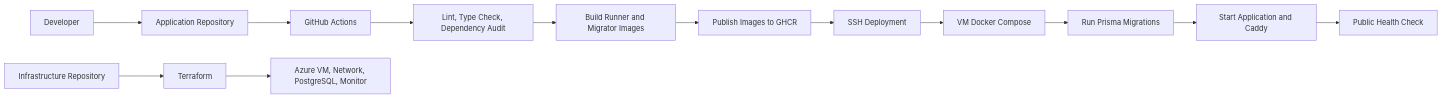
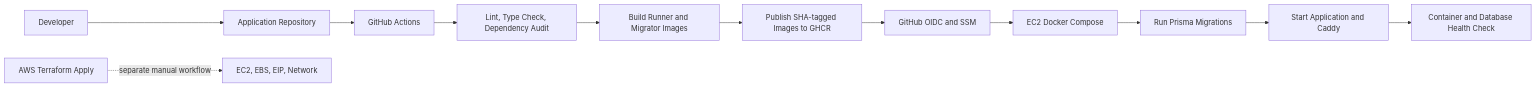
Before and after one commit to Thiranjshan/CelizLK: the second of 2 diagrams in README.md, drawn with Mermaid. The commit also changed other lines of this file and 34 other files, not shown here.

Commit message:
Prepare AWS deployment and PostgreSQL backup tooling

````diff
--- a/README.md
+++ b/README.md
@@ -128,15 +128,14 @@
 ```mermaid
 flowchart LR
     Developer[Developer] --> AppRepo[Application Repository]
     AppRepo --> Actions[GitHub Actions]
     Actions --> Checks[Lint, Type Check, Dependency Audit]
     Checks --> Build[Build Runner and Migrator Images]
-    Build --> Registry[Publish Images to GHCR]
-    Registry --> Deploy[SSH Deployment]
-    Deploy --> Compose[VM Docker Compose]
+    Build --> Registry[Publish SHA-tagged Images to GHCR]
+    Registry --> Deploy[GitHub OIDC and SSM]
+    Deploy --> Compose[EC2 Docker Compose]
     Compose --> Migrate[Run Prisma Migrations]
     Migrate --> Start[Start Application and Caddy]
-    Start --> Verify[Public Health Check]
-    InfraRepo[Infrastructure Repository] --> Terraform[Terraform]
-    Terraform --> Azure[Azure VM, Network, PostgreSQL, Monitor]
+    Start --> Verify[Container and Database Health Check]
+    Terraform[AWS Terraform Apply] -. separate manual workflow .-> AWS[EC2, EBS, EIP, Network]
 ```
````
